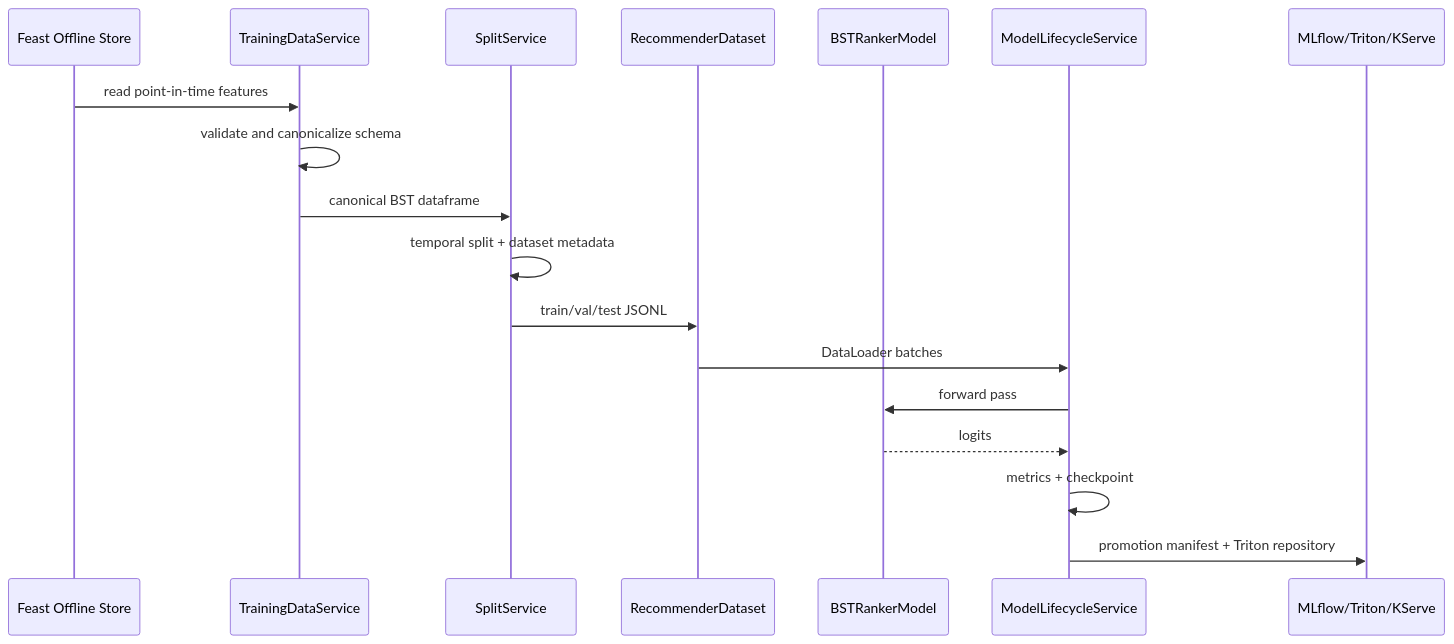
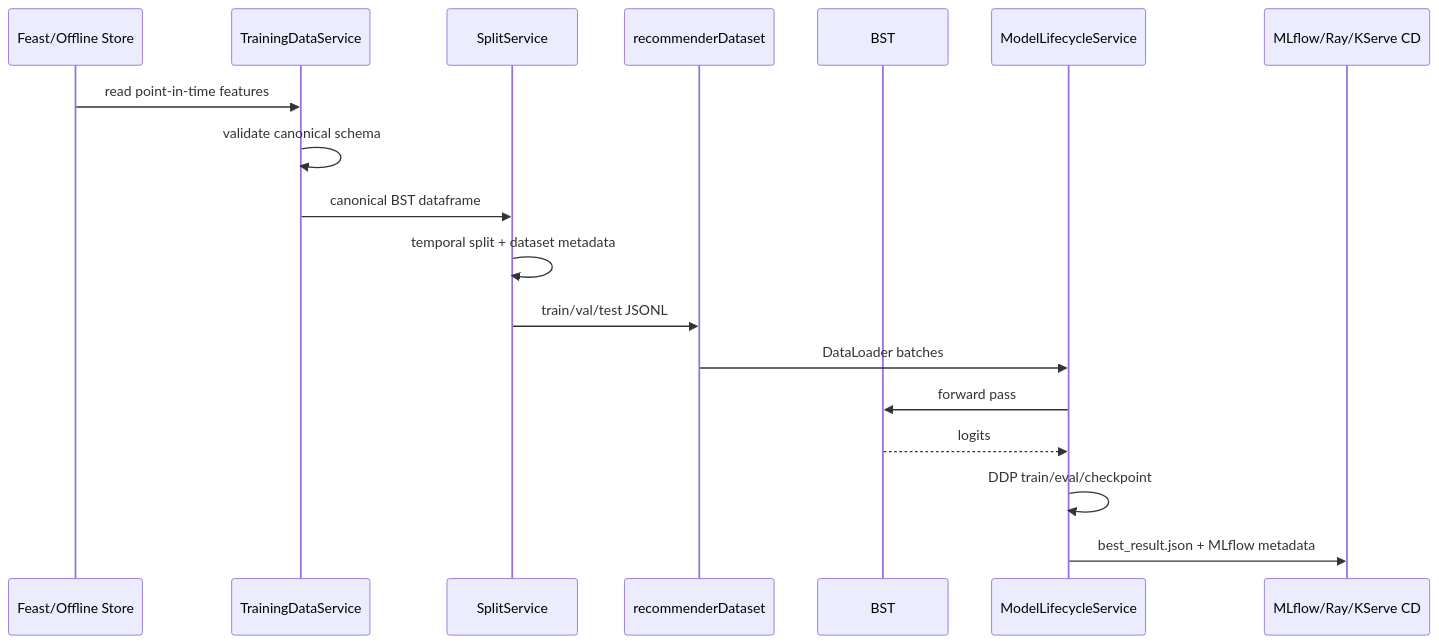
Before and after one commit to itsmekhoathekid/RecSys-MLops: the second of 2 diagrams in docs/submission/rubic-final-coursework-(final-ml)/low_level_ml_design.md, drawn with Mermaid. The commit also changed other lines of this file and 37 other files, not shown here.

````diff
--- a/docs/submission/rubic-final-coursework-(final-ml)/low_level_ml_design.md
+++ b/docs/submission/rubic-final-coursework-(final-ml)/low_level_ml_design.md
@@ -248,21 +243,21 @@
 ```mermaid
 sequenceDiagram
-  participant FS as Feast Offline Store
+  participant FS as Feast/Offline Store
   participant TDS as TrainingDataService
   participant SS as SplitService
-  participant DS as RecommenderDataset
-  participant M as BSTRankerModel
+  participant DS as recommenderDataset
+  participant M as BST
   participant MLS as ModelLifecycleService
-  participant R as MLflow/Triton/KServe
+  participant R as MLflow/Ray/KServe CD
 
   FS->>TDS: read point-in-time features
-  TDS->>TDS: validate and canonicalize schema
+  TDS->>TDS: validate canonical schema
   TDS->>SS: canonical BST dataframe
   SS->>SS: temporal split + dataset metadata
   SS->>DS: train/val/test JSONL
   DS->>MLS: DataLoader batches
   MLS->>M: forward pass
   M-->>MLS: logits
-  MLS->>MLS: metrics + checkpoint
-  MLS->>R: promotion manifest + Triton repository
+  MLS->>MLS: DDP train/eval/checkpoint
+  MLS->>R: best_result.json + MLflow metadata
 ```
````
